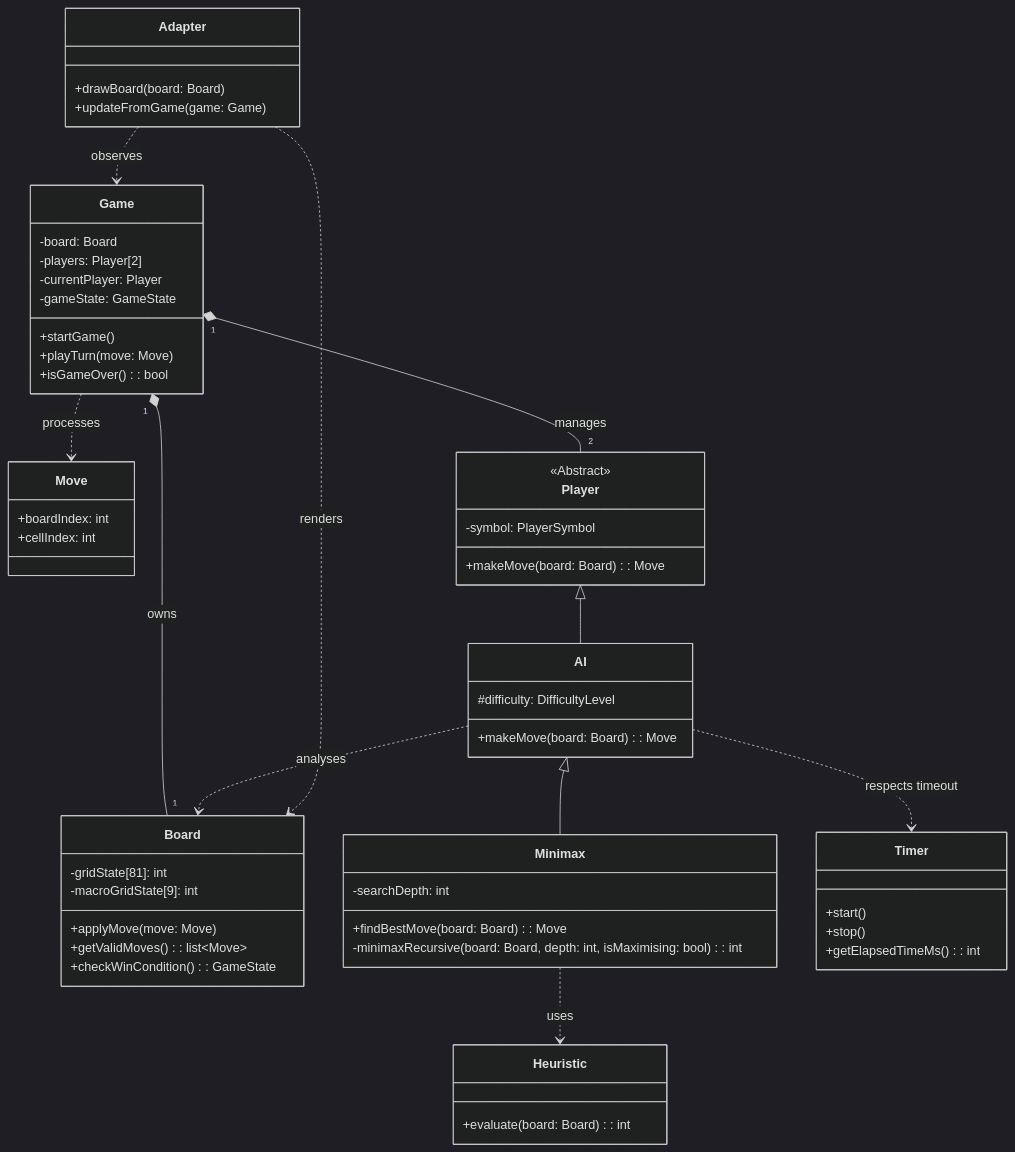
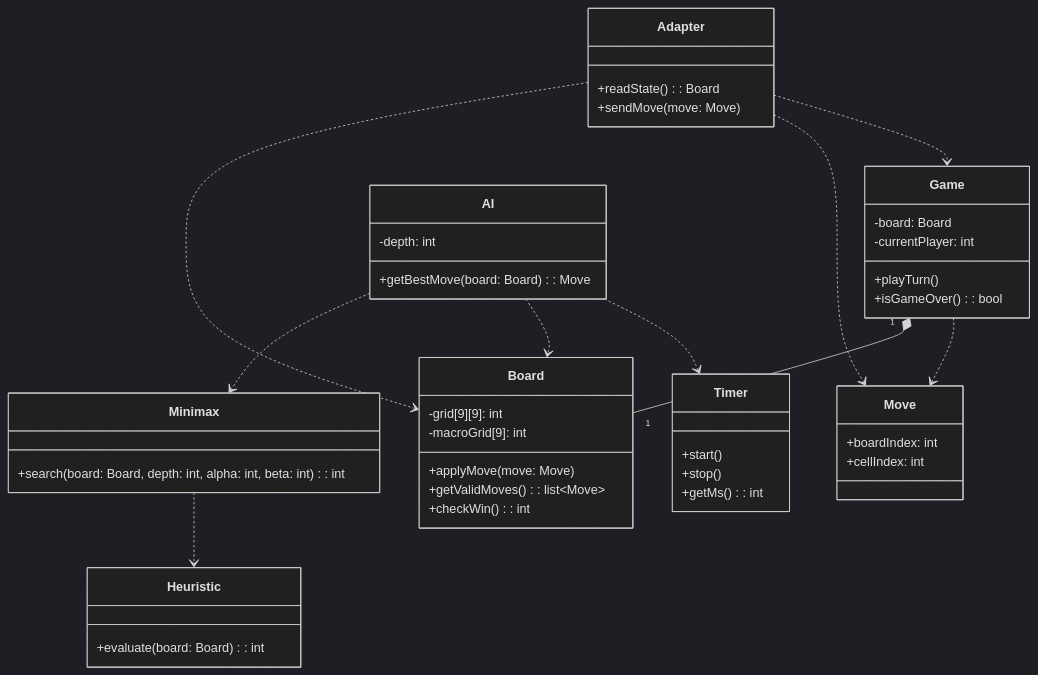
One commit to flodufour/UTTT-AI changed the diagram in Mermaid/MermaidClass.md. Above: the diagram before and after it, drawn with Mermaid (dark theme).

````diff
--- a/Mermaid/MermaidClass.md
+++ b/Mermaid/MermaidClass.md
@@ -1,65 +1,62 @@
 ```mermaid
 classDiagram
-    class Game {
-        -board: Board
-        -players: Player[2]
-        -currentPlayer: Player
-        -gameState: GameState
-        +startGame()
-        +playTurn(move: Move)
-        +isGameOver(): bool
-    }
-    class Board {
-        -gridState[81]: int
-        -macroGridState[9]: int
-        +applyMove(move: Move)
-        +getValidMoves(): list~Move~
-        +checkWinCondition(): GameState
-    }
-    class Move {
-        +boardIndex: int
-        +cellIndex: int
-    }
-    class Player {
-        <<Abstract>>
-        -symbol: PlayerSymbol
-        +makeMove(board: Board): Move
-    }
-    class AI {
-        #difficulty: DifficultyLevel
-        +makeMove(board: Board): Move
-    }
-    class Minimax {
-        -searchDepth: int
-        +findBestMove(board: Board): Move
-        -minimaxRecursive(board: Board, depth: int, isMaximising: bool): int
-    }
-    class Heuristic {
-        +evaluate(board: Board): int
-    }
-    class Timer {
-        +start()
-        +stop()
-        +getElapsedTimeMs(): int
-    }
-    class Adapter {
-        +drawBoard(board: Board)
-        +updateFromGame(game: Game)
-    }
-    
-    %% --- Core Game Logic ---
-    Game "1" *-- "1" Board : owns
-    Game "1" *-- "2" Player : manages
-    Game ..> Move : processes
-    
-    %% --- Player Hierarchy & AI ---
-    Player <|-- AI
-    AI <|-- Minimax
-    Minimax ..> Heuristic : uses
-    AI ..> Board : analyses
-    AI ..> Timer : respects timeout
-    
-    %% --- Interface ---
-    Adapter ..> Game : observes
-    Adapter ..> Board : renders
+
+class Game {
+    -board: Board
+    -currentPlayer: int
+    +playTurn()
+    +isGameOver(): bool
+}
+
+class Board {
+    -grid[9][9]: int
+    -macroGrid[9]: int
+    +applyMove(move: Move)
+    +getValidMoves(): list~Move~
+    +checkWin(): int
+}
+
+class Move {
+    +boardIndex: int
+    +cellIndex: int
+}
+
+class AI {
+    -depth: int
+    +getBestMove(board: Board): Move
+}
+
+class Minimax {
+    +search(board: Board, depth: int, alpha: int, beta: int): int
+}
+
+class Heuristic {
+    +evaluate(board: Board): int
+}
+
+class Adapter {
+    +readState(): Board
+    +sendMove(move: Move)
+}
+
+class Timer {
+    +start()
+    +stop()
+    +getMs(): int
+}
+
+%% --- Core ---
+Game "1" *-- "1" Board
+Game ..> Move
+
+%% --- AI ---
+AI ..> Minimax
+Minimax ..> Heuristic
+AI ..> Board
+AI ..> Timer
+
+%% --- Interface ---
+Adapter ..> Board
+Adapter ..> Move
+Adapter ..> Game
 ```
````
